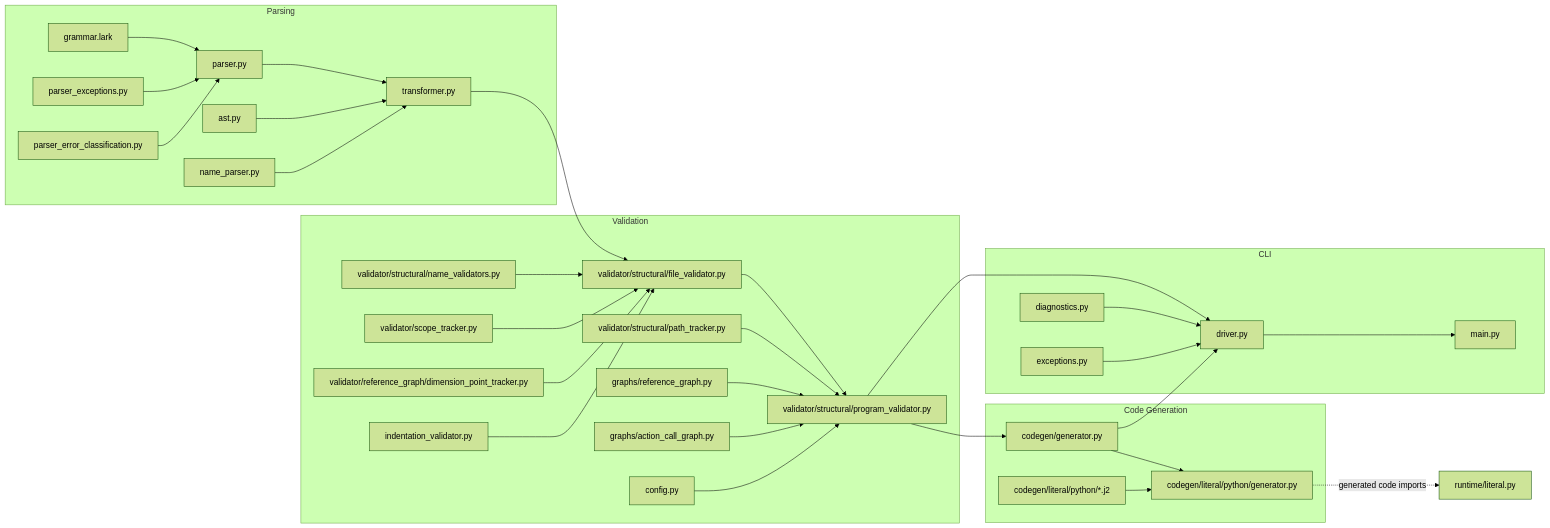
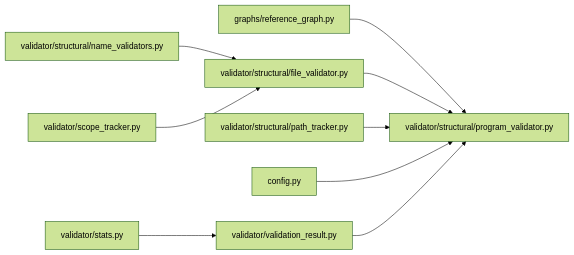
One commit to define-lang/define changed the fourth of 7 diagrams in define/AGENTS.md. Above: the diagram before and after it, drawn with Mermaid (forest theme). The commit also changed other lines of this file, not shown here.

First line of the commit message:
Update compiler codebase Mermaid diagrams in AGENTS.md.

````diff
--- a/define/AGENTS.md
+++ b/define/AGENTS.md
@@ -26,40 +58,12 @@
 ```mermaid
 flowchart LR
-    subgraph Parsing
-        Grammar["grammar.lark"] --> Parser["parser.py"]
-        ParseErrors["parser_exceptions.py"] --> Parser
-        ErrorClassification["parser_error_classification.py"] --> Parser
-        Parser --> Transformer["transformer.py"]
-        AST["ast.py"] --> Transformer
-        NameParser["name_parser.py"] --> Transformer
-    end
-
-    subgraph Validation
-        Transformer --> FileValidator["validator/structural/file_validator.py"]
-        NameValidators["validator/structural/name_validators.py"] --> FileValidator
-        ScopeTracker["validator/scope_tracker.py"] --> FileValidator
-        DPTracker["validator/reference_graph/dimension_point_tracker.py"] --> FileValidator
-        IndentValidator["indentation_validator.py"] --> FileValidator
-        FileValidator --> ProgramValidator["validator/structural/program_validator.py"]
-        PathTracker["validator/structural/path_tracker.py"] --> ProgramValidator
-        ReferenceGraph["graphs/reference_graph.py"] --> ProgramValidator
-        ActionCallGraph["graphs/action_call_graph.py"] --> ProgramValidator
-        Config["config.py"] --> ProgramValidator
-    end
-
-    subgraph CodeGen["Code Generation"]
-        ProgramValidator --> CodeGenerator["codegen/generator.py"]
-        CodeGenerator --> PythonGenerator["codegen/literal/python/generator.py"]
-        Template["codegen/literal/python/*.j2"] --> PythonGenerator
-    end
-
-    subgraph CLI
-        CodeGenerator --> Driver["driver.py"]
-        ProgramValidator --> Driver
-        Diagnostics["diagnostics.py"] --> Driver
-        Exceptions["exceptions.py"] --> Driver
-        Driver --> Main["main.py"]
-    end
-
-    PythonGenerator -.->|generated code imports| Runtime["runtime/literal.py"]
+    FileValidator["validator/structural/file_validator.py"]
+    NameValidators["validator/structural/name_validators.py"] --> FileValidator
+    ScopeTracker["validator/scope_tracker.py"] --> FileValidator
+    ReferenceGraph["graphs/reference_graph.py"] --> ProgramValidator
+    FileValidator --> ProgramValidator["validator/structural/program_validator.py"]
+    PathTracker["validator/structural/path_tracker.py"] --> ProgramValidator
+    Config["config.py"] --> ProgramValidator
+    ValidationResult["validator/validation_result.py"] --> ProgramValidator
+    Stats["validator/stats.py"] --> ValidationResult
 ```
````
